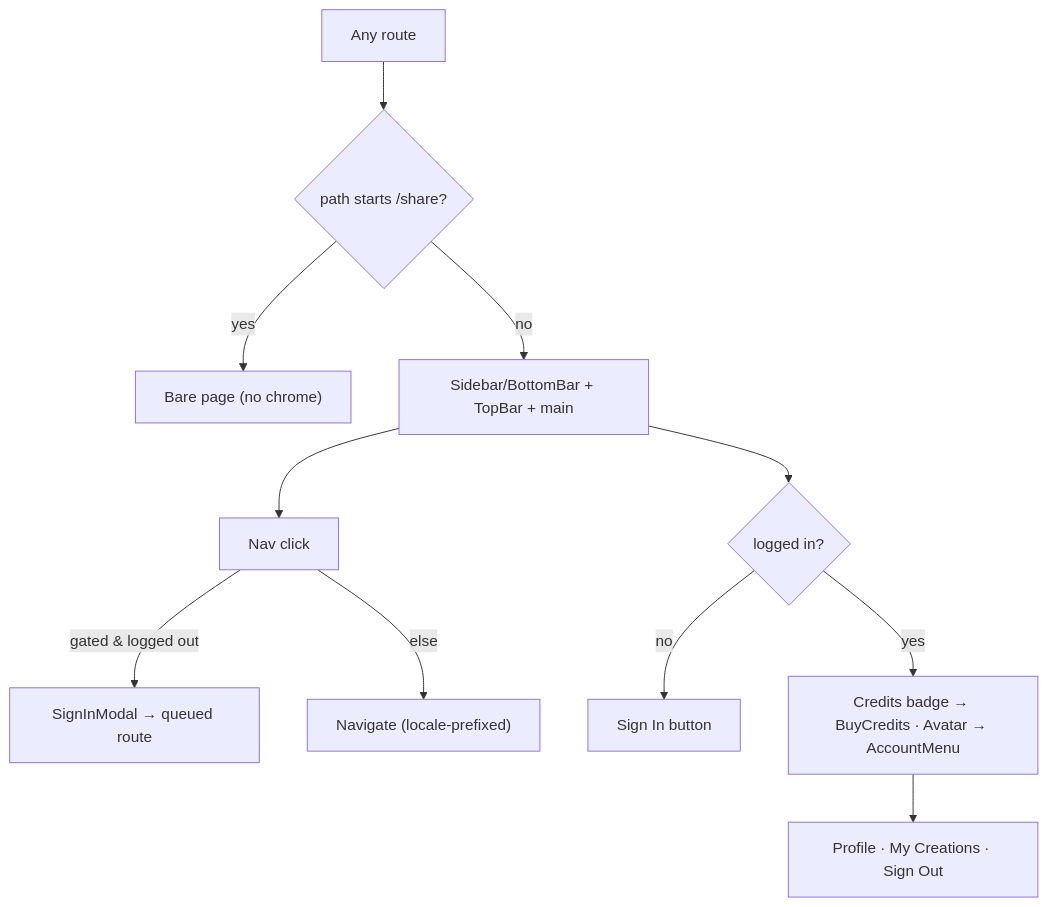
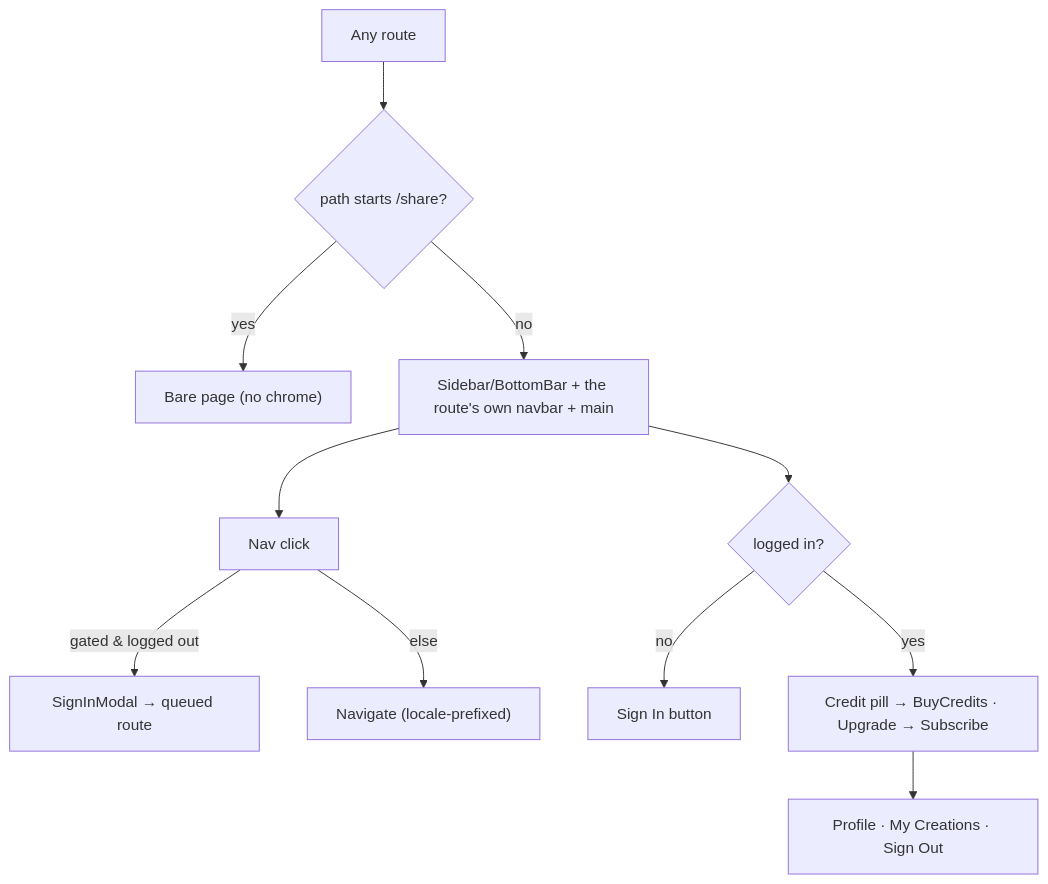
The diagram in web-app/specs/areas/01-app-shell.md (pft-JasonChen/musemv-ai), drawn with Mermaid before and after one commit. The commit also changed other lines of this file and 22 other files, not shown here.

````diff
--- a/web-app/specs/areas/01-app-shell.md
+++ b/web-app/specs/areas/01-app-shell.md
@@ -259,13 +266,13 @@
 ```mermaid
 flowchart TD
   Any["Any route"] --> Bare{path starts /share?}
   Bare -->|yes| Standalone["Bare page (no chrome)"]
-  Bare -->|no| Shell["Sidebar/BottomBar + TopBar + main"]
+  Bare -->|no| Shell["Sidebar/BottomBar + the route's own navbar + main"]
   Shell --> Nav["Nav click"]
   Nav -->|gated & logged out| Gate["SignInModal → queued route"]
   Nav -->|else| Route["Navigate (locale-prefixed)"]
   Shell --> Header{logged in?}
   Header -->|no| SignIn["Sign In button"]
-  Header -->|yes| Actions["Credits badge → BuyCredits · Avatar → AccountMenu"]
+  Header -->|yes| Actions["Credit pill → BuyCredits · Upgrade → Subscribe"]
   Actions --> Menu["Profile · My Creations · Sign Out"]
 ```
````
